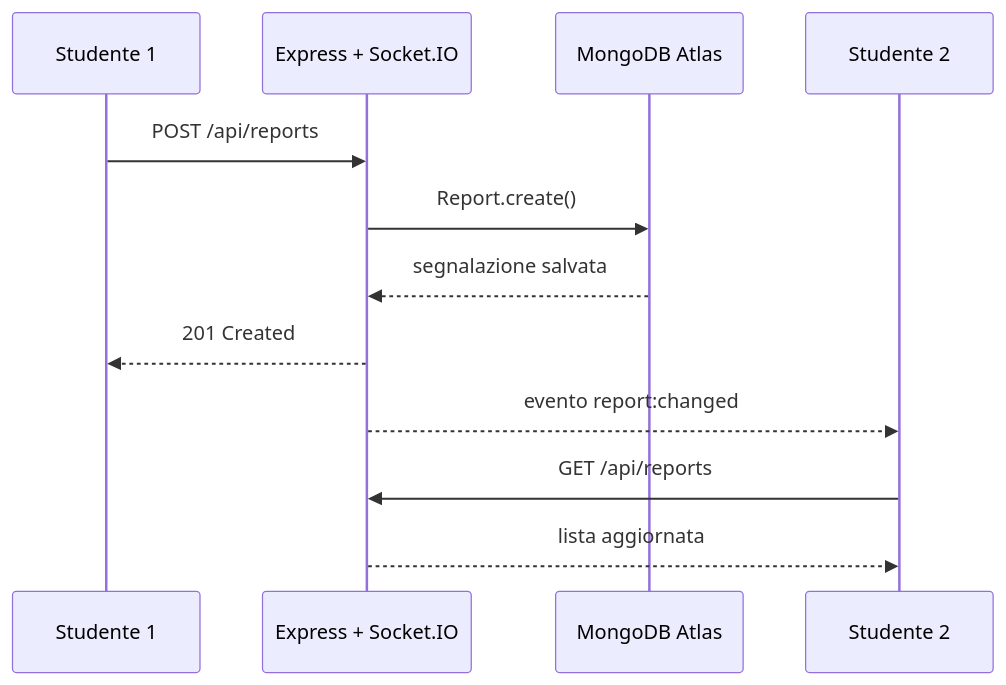
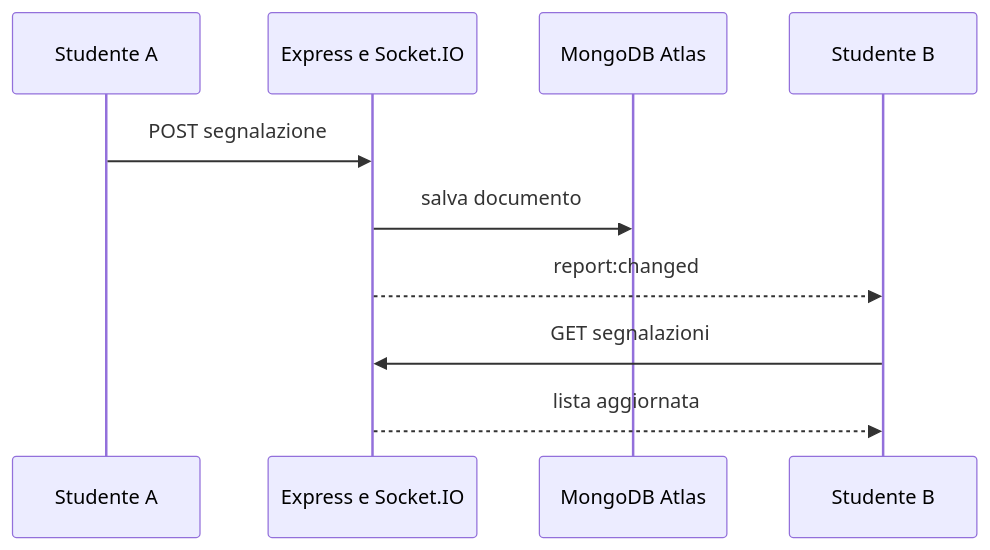
Before and after one commit to GiuseppePatruno/aulafix: the third of 3 diagrams in docs/RELAZIONE.md, drawn with Mermaid. The commit also changed other lines of this file and 24 other files, not shown here.

````diff
--- a/docs/RELAZIONE.md
+++ b/docs/RELAZIONE.md
@@ -167,14 +176,12 @@
 ```mermaid
 sequenceDiagram
-    participant S1 as Studente 1
-    participant API as Express + Socket.IO
-    participant DB as MongoDB Atlas
-    participant S2 as Studente 2
-    S1->>API: POST /api/reports
-    API->>DB: Report.create()
-    DB-->>API: segnalazione salvata
-    API-->>S1: 201 Created
-    API-->>S2: evento report:changed
-    S2->>API: GET /api/reports
-    API-->>S2: lista aggiornata
+    participant A as Studente A
+    participant S as Express e Socket.IO
+    participant D as MongoDB Atlas
+    participant B as Studente B
+    A->>S: POST segnalazione
+    S->>D: salva documento
+    S-->>B: report:changed
+    B->>S: GET segnalazioni
+    S-->>B: lista aggiornata
 ```
````
